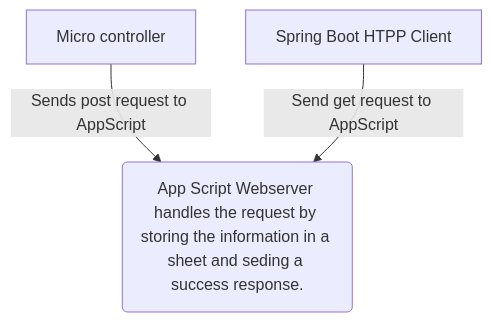
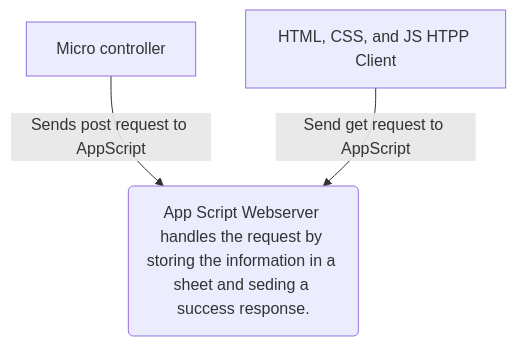
Before and after one commit to jonss0777/DIY_Sensor: the diagram in README.md, drawn with Mermaid.

Commit message:
Update HTTP client description in README

````diff
--- a/README.md
+++ b/README.md
@@ -13,7 +13,7 @@
 ```mermaid
   flowchart TD
     A[Micro controller] -->|Sends post request to AppScript| B(App Script Webserver handles the request by storing the information in a sheet and seding a success response.)
 
-    C[Spring Boot HTPP Client] -->|Send get request to AppScript|B
+    C[HTML, CSS, and JS HTPP Client] -->|Send get request to AppScript|B
   
 ```
````
